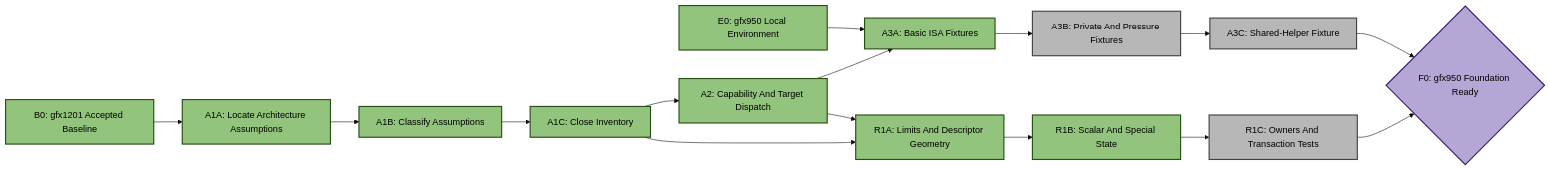
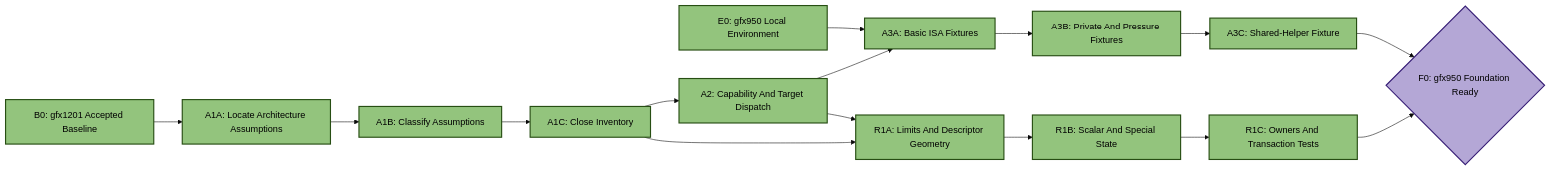
One commit to ROCm/rocm-systems changed the second of 5 diagrams in emulation/rocjitsu/docs/consan/PLAN_GFX950.md. Above: the diagram before and after it, drawn with Mermaid (base theme). The commit also changed other lines of this file and 1 other file, not shown here.

Commit message:
rocjitsu: retain gfx950 resource ownership fixtures

````diff
--- a/emulation/rocjitsu/docs/consan/PLAN_GFX950.md
+++ b/emulation/rocjitsu/docs/consan/PLAN_GFX950.md
@@ -176,33 +183,33 @@
 ```mermaid
 flowchart LR
   B0["B0: gfx1201 Accepted Baseline"]:::done
   E0["E0: gfx950 Local Environment"]:::done
   A1A["A1A: Locate Architecture Assumptions"]:::done
   A1B["A1B: Classify Assumptions"]:::done
   A1C["A1C: Close Inventory"]:::done
   A2["A2: Capability And Target Dispatch"]:::done
   A3A["A3A: Basic ISA Fixtures"]:::done
-  A3B["A3B: Private And Pressure Fixtures"]:::todo
-  A3C["A3C: Shared-Helper Fixture"]:::todo
+  A3B["A3B: Private And Pressure Fixtures"]:::done
+  A3C["A3C: Shared-Helper Fixture"]:::done
   R1A["R1A: Limits And Descriptor Geometry"]:::done
   R1B["R1B: Scalar And Special State"]:::done
-  R1C["R1C: Owners And Transaction Tests"]:::todo
+  R1C["R1C: Owners And Transaction Tests"]:::done
   F0{"F0: gfx950 Foundation Ready"}:::target
 
   B0 --> A1A
   E0 --> A3A
   A1A --> A1B --> A1C
   A1C --> A2
   A2 --> A3A
   A3A --> A3B --> A3C
   A1C --> R1A
   A2 --> R1A
   R1A --> R1B --> R1C
   A3C --> F0
   R1C --> F0
 
   classDef done fill:#93c47d,stroke:#274e13,stroke-width:2px,color:#000;
   classDef active fill:#f6b26b,stroke:#783f04,stroke-width:2px,color:#000;
   classDef todo fill:#b7b7b7,stroke:#434343,stroke-width:2px,color:#000;
   classDef target fill:#b4a7d6,stroke:#351c75,stroke-width:2px,color:#000;
 ```
````
